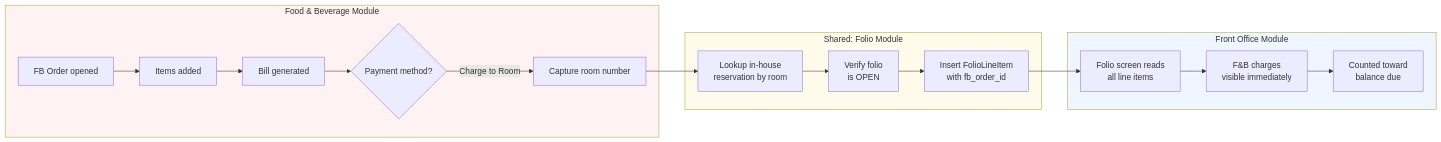
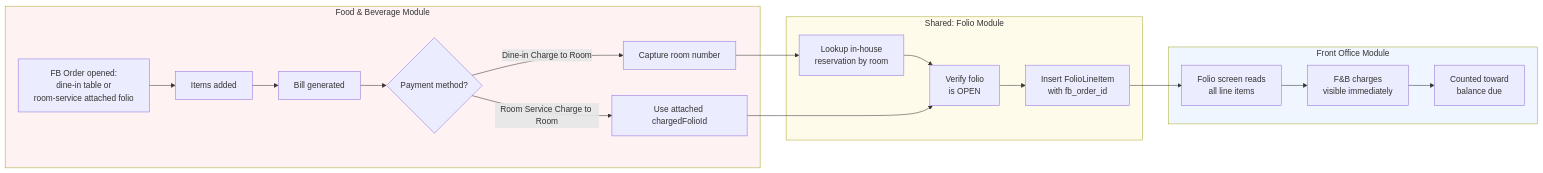
The ninth of 9 diagrams in docs/business_process_mvp.md (nurmareko/zadd-hotel-pms), drawn with Mermaid before and after one commit. The commit also changed other lines of this file and 4 other files, not shown here.

Commit message:
docs: document F&B room service across MVP specs

````diff
--- a/docs/business_process_mvp.md
+++ b/docs/business_process_mvp.md
@@ -344,26 +359,28 @@
 ```mermaid
 flowchart LR
     subgraph FB[Food & Beverage Module]
-        A[FB Order opened] --> B[Items added]
+        A[FB Order opened:<br/>dine-in table or<br/>room-service attached folio] --> B[Items added]
         B --> C[Bill generated]
         C --> D{Payment method?}
-        D -->|Charge to Room| E[Capture room number]
+        D -->|Dine-in Charge to Room| E[Capture room number]
+        D -->|Room Service Charge to Room| L[Use attached chargedFolioId]
     end
 
     subgraph FOLIO[Shared: Folio Module]
         F[Lookup in-house<br/>reservation by room] --> G[Verify folio<br/>is OPEN]
         G --> H[Insert FolioLineItem<br/>with fb_order_id]
+        L --> G
     end
 
     subgraph FO[Front Office Module]
         I[Folio screen reads<br/>all line items] --> J[F&B charges<br/>visible immediately]
         J --> K[Counted toward<br/>balance due]
     end
 
     E --> F
     H --> I
 
     style FB fill:#fef2f2
     style FOLIO fill:#fffbeb
     style FO fill:#eff6ff
 ```
````
